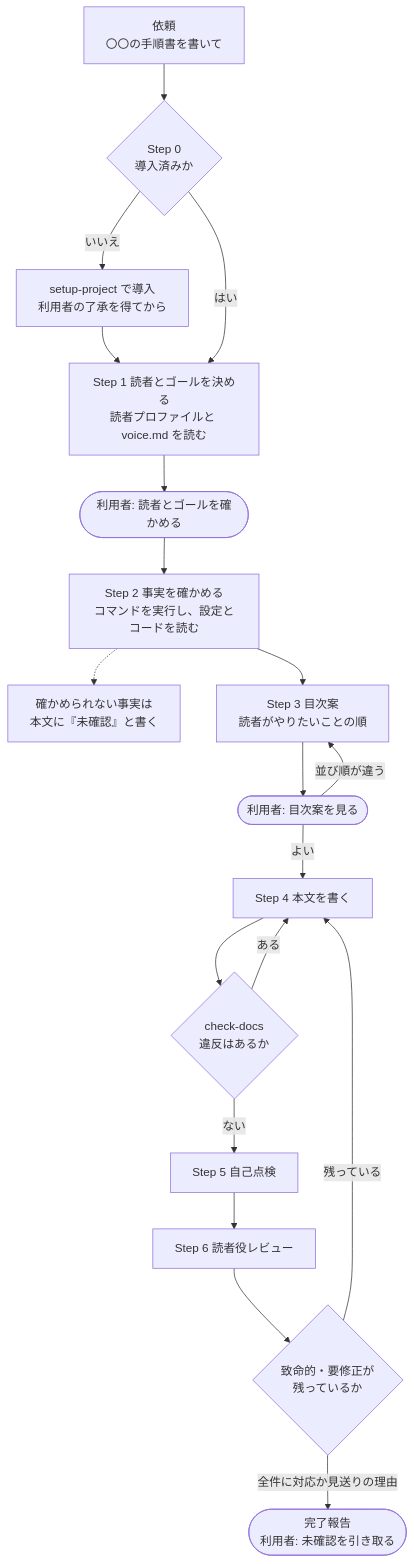
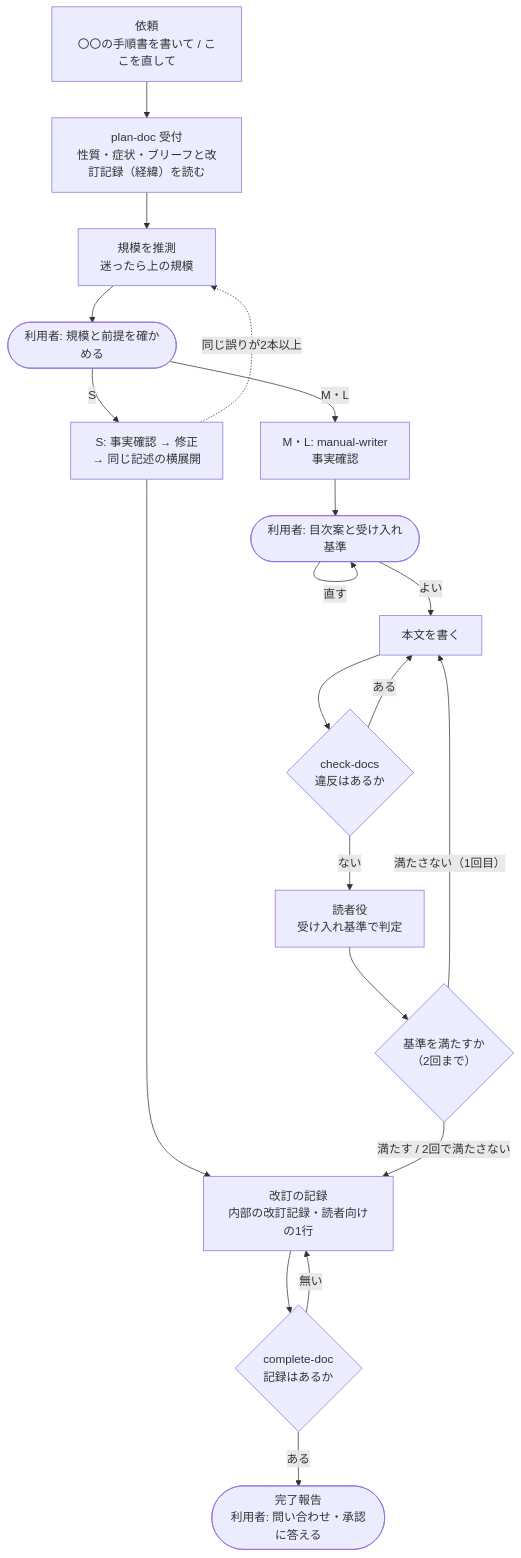
Before and after one commit to mizuta0711/claude-doc-harness: the diagram in docs/diagrams/02_文書作成フロー図.md, drawn with Mermaid. The commit also changed other lines of this file and 29 other files, not shown here.

````diff
--- a/docs/diagrams/02_文書作成フロー図.md
+++ b/docs/diagrams/02_文書作成フロー図.md
@@ -26,33 +27,31 @@
 ```mermaid
 flowchart TD
-    REQ["依頼<br/>〇〇の手順書を書いて"]
-    S0{"Step 0<br/>導入済みか"}
-    SETUP["setup-project で導入<br/>利用者の了承を得てから"]
-    S1["Step 1 読者とゴールを決める<br/>読者プロファイルと voice.md を読む"]
-    U1(["利用者: 読者とゴールを確かめる"])
-    S2["Step 2 事実を確かめる<br/>コマンドを実行し、設定とコードを読む"]
-    UNK["確かめられない事実は<br/>本文に『未確認』と書く"]
-    S3["Step 3 目次案<br/>読者がやりたいことの順"]
-    U2(["利用者: 目次案を見る"])
-    S4["Step 4 本文を書く"]
+    REQ["依頼<br/>〇〇の手順書を書いて / ここを直して"]
+    INTAKE["plan-doc 受付<br/>性質・症状・ブリーフと改訂記録（経緯）を読む"]
+    SIZE["規模を推測<br/>迷ったら上の規模"]
+    G1(["利用者: 規模と前提を確かめる"])
+    FIX["S: 事実確認 → 修正<br/>→ 同じ記述の横展開"]
+    S1["M・L: manual-writer<br/>事実確認"]
+    TOC(["利用者: 目次案と受け入れ基準"])
+    WRITE["本文を書く"]
     HOOK{"check-docs<br/>違反はあるか"}
-    S5["Step 5 自己点検"]
-    S6["Step 6 読者役レビュー"]
-    FATAL{"致命的・要修正が<br/>残っているか"}
-    DONE(["完了報告<br/>利用者: 未確認を引き取る"])
+    REV["読者役<br/>受け入れ基準で判定"]
+    PASS{"基準を満たすか<br/>（2回まで）"}
+    REC["改訂の記録<br/>内部の改訂記録・読者向けの1行"]
+    CHECK{"complete-doc<br/>記録はあるか"}
+    DONE(["完了報告<br/>利用者: 問い合わせ・承認に答える"])
 
-    REQ --> S0
-    S0 -- いいえ --> SETUP --> S1
-    S0 -- はい --> S1
-    S1 --> U1 --> S2
-    S2 --> S3
-    S2 -.-> UNK
-    S3 --> U2
-    U2 -- 並び順が違う --> S3
-    U2 -- よい --> S4
-    S4 --> HOOK
-    HOOK -- ある --> S4
-    HOOK -- ない --> S5 --> S6 --> FATAL
-    FATAL -- 残っている --> S4
-    FATAL -- 全件に対応か見送りの理由 --> DONE
+    REQ --> INTAKE --> SIZE --> G1
+    G1 -- S --> FIX --> REC
+    FIX -. 同じ誤りが2本以上 .-> SIZE
+    G1 -- M・L --> S1 --> TOC
+    TOC -- 直す --> TOC
+    TOC -- よい --> WRITE --> HOOK
+    HOOK -- ある --> WRITE
+    HOOK -- ない --> REV --> PASS
+    PASS -- 満たさない（1回目） --> WRITE
+    PASS -- 満たす / 2回で満たさない --> REC
+    REC --> CHECK
+    CHECK -- 無い --> REC
+    CHECK -- ある --> DONE
 ```
````
